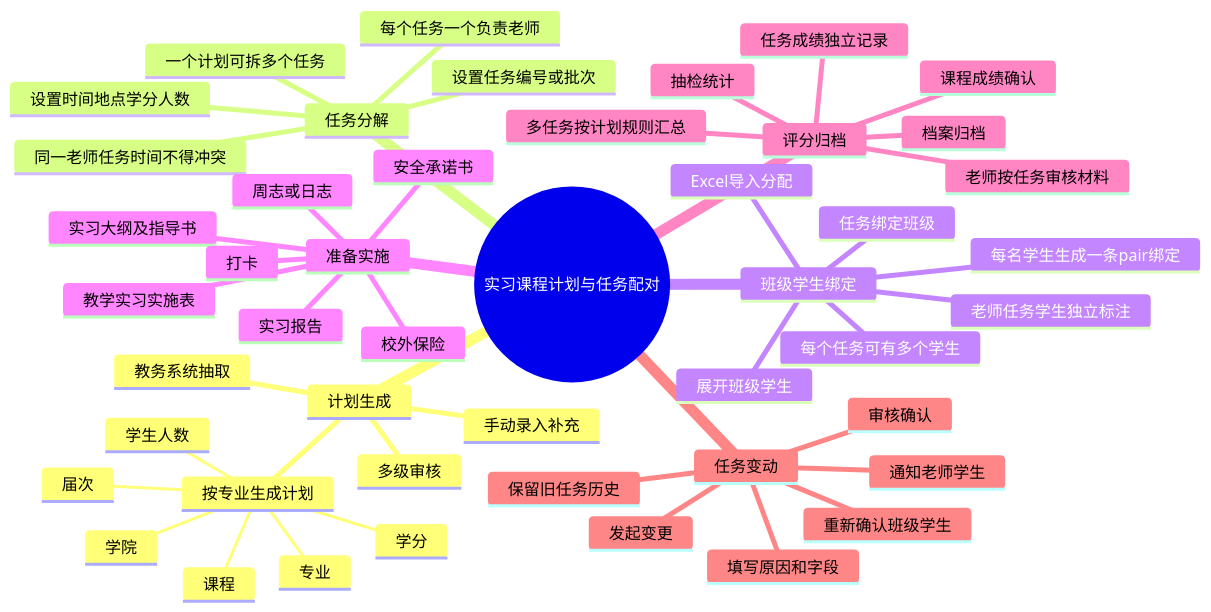
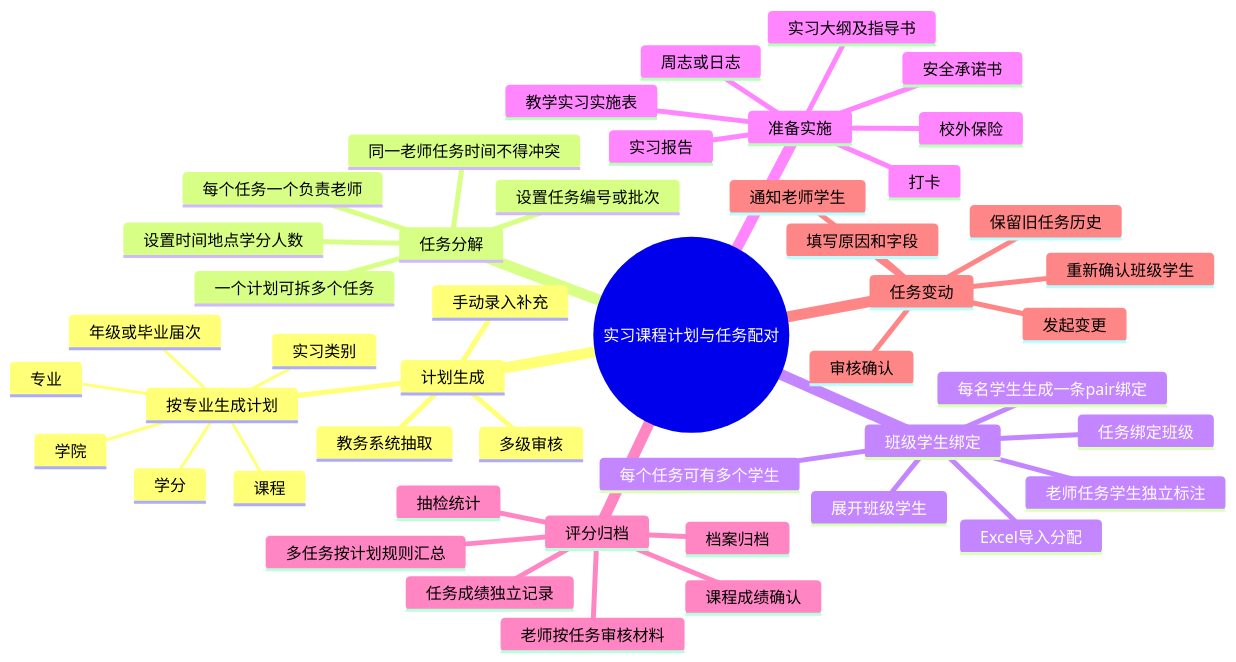
The first of 4 diagrams in doc/08-实习管理模块设计.md (isle24/practicalSystem), drawn with Mermaid before and after one commit. The commit also changed other lines of this file and 25 other files, not shown here.

````diff
--- a/doc/08-实习管理模块设计.md
+++ b/doc/08-实习管理模块设计.md
@@ -223,50 +227,50 @@
 ```mermaid
 mindmap
   root((实习课程计划与任务配对))
     计划生成
       教务系统抽取
       手动录入补充
       按专业生成计划
-        届次
+        实习类别
+        年级或毕业届次
         学院
         专业
         课程
         学分
-        学生人数
       多级审核
     任务分解
       一个计划可拆多个任务
       每个任务一个负责老师
       设置任务编号或批次
       设置时间地点学分人数
       同一老师任务时间不得冲突
     班级学生绑定
       任务绑定班级
       Excel导入分配
       展开班级学生
       每个任务可有多个学生
       每名学生生成一条pair绑定
       老师任务学生独立标注
     准备实施
       实习大纲及指导书
       校外保险
       安全承诺书
       教学实习实施表
       打卡
       周志或日志
       实习报告
     评分归档
       老师按任务审核材料
       任务成绩独立记录
       多任务按计划规则汇总
       课程成绩确认
       档案归档
       抽检统计
     任务变动
       发起变更
       填写原因和字段
       审核确认
       保留旧任务历史
       重新确认班级学生
       通知老师学生
 ```
````
